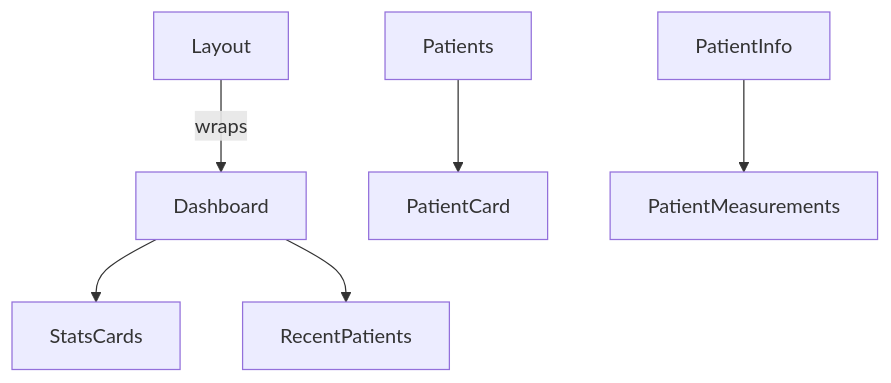
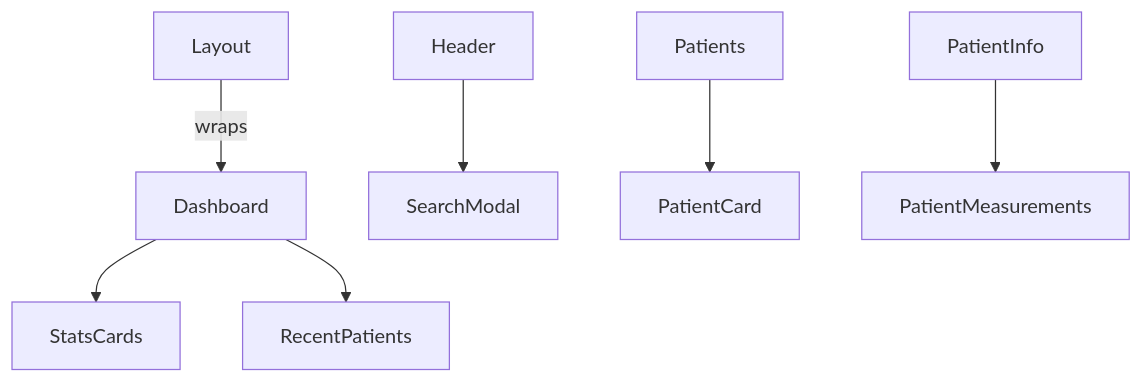
Before and after one commit to danielbcarvalho/smart-nutri: the fourth of 4 diagrams in frontend/FRONTEND_DOCUMENTATION.md, drawn with Mermaid. The commit also changed other lines of this file and 2 other files, not shown here.

````diff
--- a/frontend/FRONTEND_DOCUMENTATION.md
+++ b/frontend/FRONTEND_DOCUMENTATION.md
@@ -202,8 +226,9 @@
 ```mermaid
 graph TD
   Layout -->|wraps| Dashboard
   Dashboard --> StatsCards
   Dashboard --> RecentPatients
+  Header --> SearchModal
   Patients --> PatientCard
   PatientInfo --> PatientMeasurements
 ```
````
